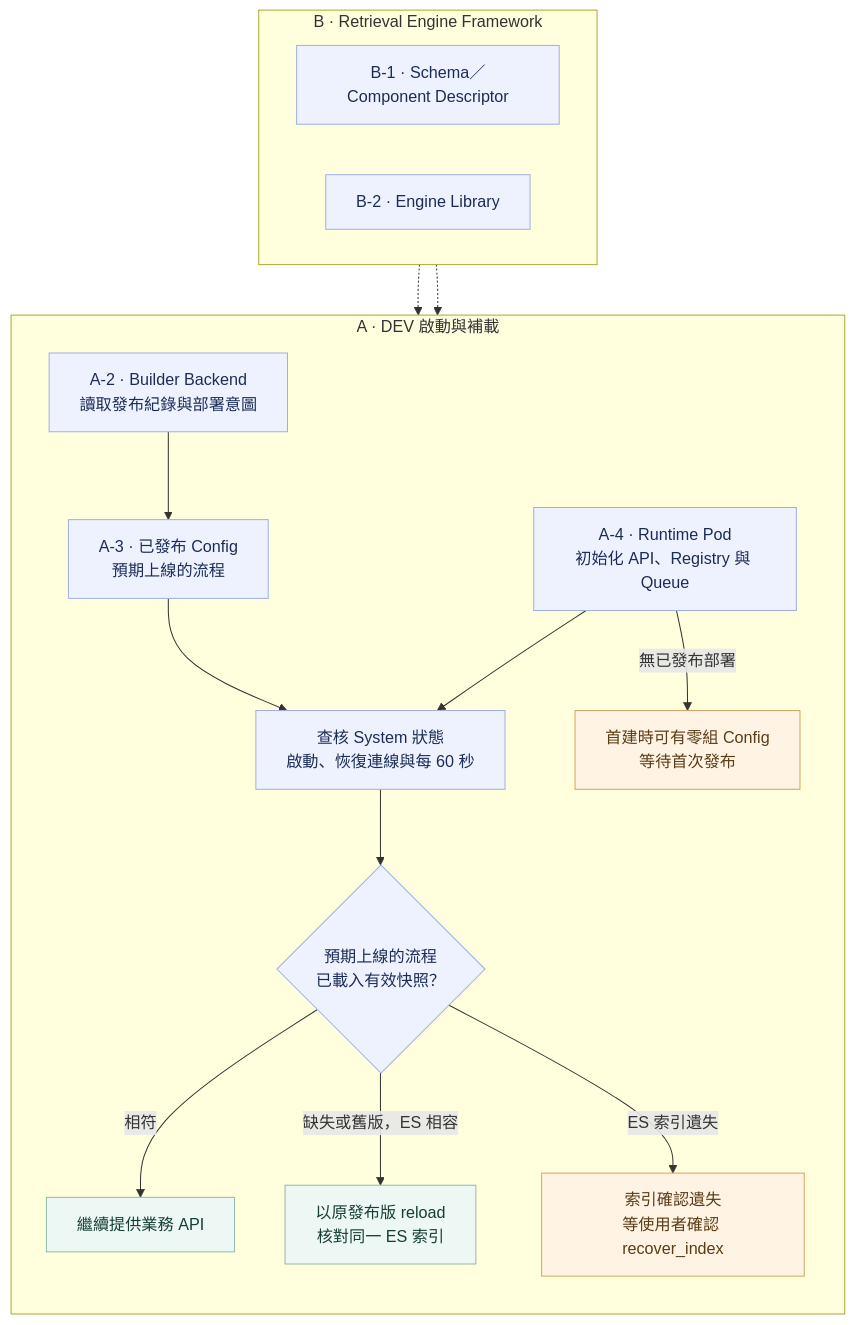
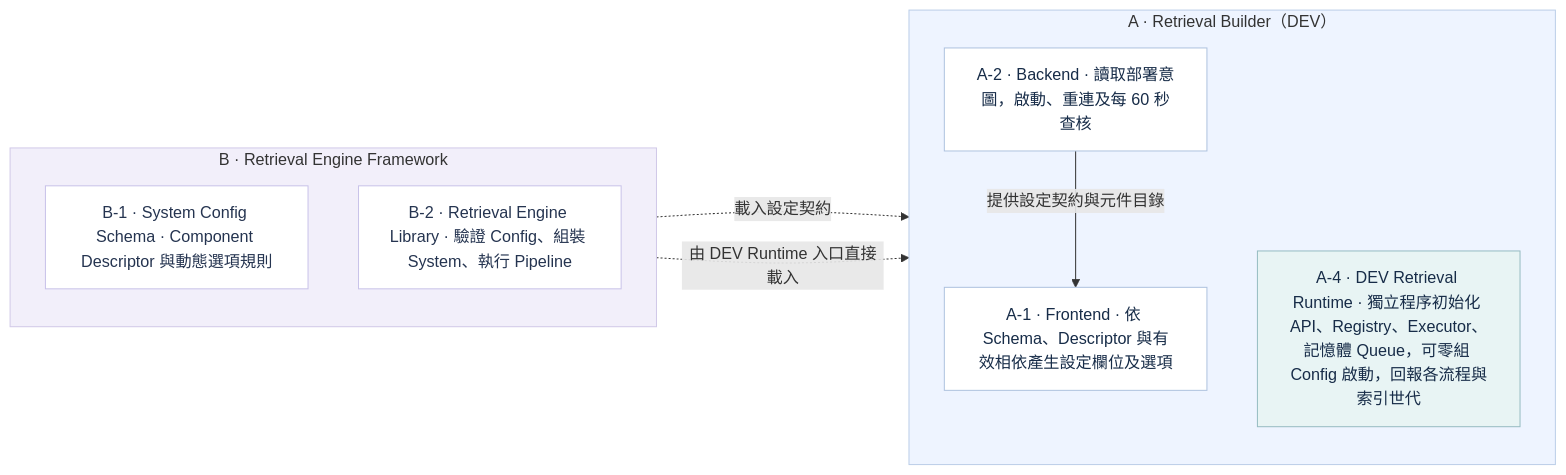
One commit to SunnyWenwen/rag_platform changed the diagram in diagrams/02_infra_architecture_startup.mmd. Above: the diagram before and after it, drawn with Mermaid. The commit also changed 15 other files, not shown here.

Commit message:
Restore diagram layouts and add Builder module templates

```diff
--- a/diagrams/02_infra_architecture_startup.mmd
+++ b/diagrams/02_infra_architecture_startup.mmd
@@ -1,36 +1,30 @@
-flowchart TB
-  %% 同名 SVG 固定版面，PNG 由 SVG 轉出。
+flowchart LR
+  %% DEV startup and reload of published configurations.
+  %% Component IDs match the architecture after user operations.
+  %% Builder 補載預期上線的流程；ES 索引確認遺失時，由使用者確認後恢復。
+
   subgraph B["B · Retrieval Engine Framework"]
-    direction LR
-    B1["B-1 · Schema／Component Descriptor"]
-    B2["B-2 · Engine Library"]
+    direction TB
+    B1["B-1 · System Config Schema · Component Descriptor 與動態選項規則"]
+    B2["B-2 · Retrieval Engine Library · 驗證 Config、組裝 System、執行 Pipeline"]
   end
-  subgraph A["A · DEV 啟動與補載"]
+
+  subgraph A["A · Retrieval Builder（DEV）"]
     direction TB
-    A2["A-2 · Builder Backend<br/>讀取發布紀錄與部署意圖"]
-    A4["A-4 · Runtime Pod<br/>初始化 API、Registry 與 Queue"]
-    A3["A-3 · 已發布 Config<br/>預期上線的流程"]
-    Verify["查核 System 狀態<br/>啟動、恢復連線與每 60 秒"]
-    Decision{"預期上線的流程<br/>已載入有效快照？"}
-    Keep["繼續提供業務 API"]
-    Reload["以原發布版 reload<br/>核對同一 ES 索引"]
-    Wait["索引確認遺失<br/>等使用者確認 recover_index"]
-    Empty["首建時可有零組 Config<br/>等待首次發布"]
+    A2["A-2 · Backend · 讀取部署意圖，啟動、重連及每 60 秒查核"]
+    A1["A-1 · Frontend · 依 Schema、Descriptor 與有效相依產生設定欄位及選項"]
+    A4["A-4 · DEV Retrieval Runtime · 獨立程序初始化 API、Registry、Executor、記憶體 Queue，可零組 Config 啟動，回報各流程與索引世代"]
+    A2 -->|"提供設定契約與元件目錄"| A1
+  end
 
-    A2 --> A3 --> Verify
-    A4 --> Verify
-    Verify --> Decision
-    Decision -->|"相符"| Keep
-    Decision -->|"缺失或舊版，ES 相容"| Reload
-    Decision -->|"ES 索引遺失"| Wait
-    A4 -->|"無已發布部署"| Empty
-  end
-  B1 -.-> A2
-  B2 -.-> A4
+  B1 -.->|"載入設定契約"| A2
+  B2 -.->|"由 DEV Runtime 入口直接載入"| A4
 
-  classDef service fill:#eef2ff,stroke:#a0aee4,color:#1b2d57
-  classDef ready fill:#edf8f4,stroke:#8fbcac,color:#173e36
-  classDef wait fill:#fff4e4,stroke:#d5a665,color:#5a3c16
-  class B1,B2,A2,A3,A4,Verify,Decision service
-  class Keep,Reload ready
-  class Wait,Empty wait
+  classDef builder fill:#ffffff,stroke:#aec2df,color:#172c48
+  classDef engine fill:#ffffff,stroke:#c8c2e9,color:#253450
+  classDef runtime fill:#e8f4f4,stroke:#96bcc2,color:#172c48
+  class A1,A2 builder
+  class B1,B2 engine
+  class A4 runtime
+  style A fill:#eef4ff,stroke:#bbcee8
+  style B fill:#f2effa,stroke:#d1c9e8
```
